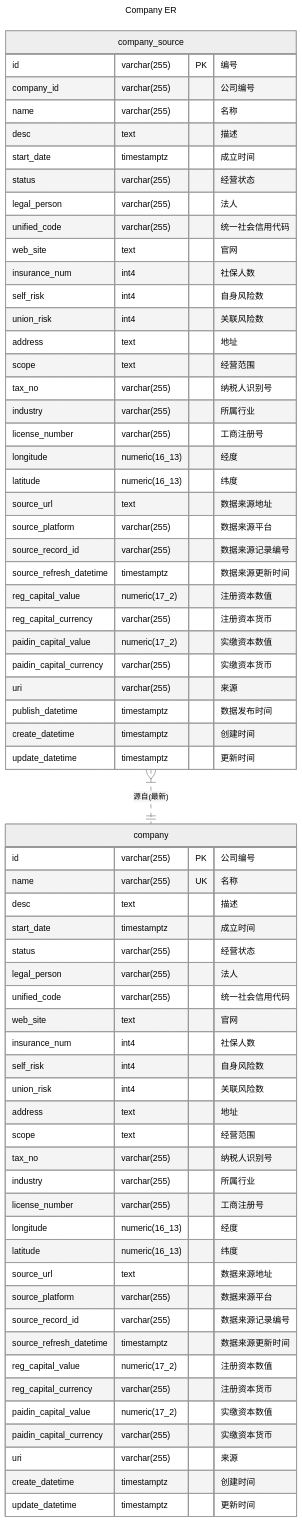
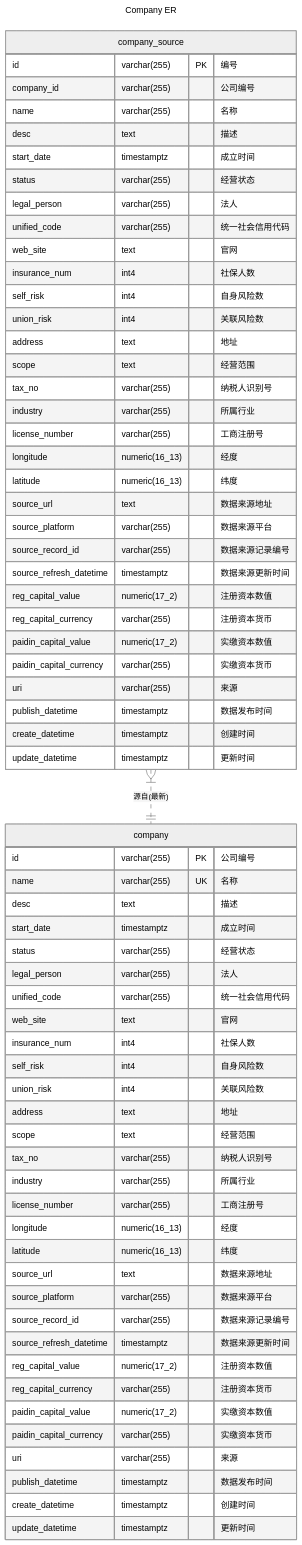
Before and after one commit to lastsunday/job-hunting: the third of 6 diagrams in docs/src/development/server/core_logic_flow.md, drawn with Mermaid (neutral theme). The commit also changed 4 other files, not shown here.

Commit message:
feat(server): add publish_datetime to company

````diff
--- a/docs/src/development/server/core_logic_flow.md
+++ b/docs/src/development/server/core_logic_flow.md
@@ -149,71 +149,72 @@
 ```mermaid
 ---
 title: Company ER
 ---
 erDiagram
     company_source{
       id varchar(255) PK "编号"
       company_id varchar(255) "公司编号"
       name varchar(255) "名称"
       desc text "描述"
       start_date timestamptz "成立时间"
       status varchar(255) "经营状态"
       legal_person varchar(255) "法人"
       unified_code varchar(255) "统一社会信用代码"
       web_site text "官网"
       insurance_num int4 "社保人数"
       self_risk int4 "自身风险数"
       union_risk int4 "关联风险数"
       address text "地址"
       scope text "经营范围"
       tax_no varchar(255) "纳税人识别号"
       industry varchar(255) "所属行业"
       license_number varchar(255) "工商注册号"
       longitude numeric(16_13) "经度"
       latitude numeric(16_13) "纬度"
       source_url text "数据来源地址"
       source_platform varchar(255) "数据来源平台"
       source_record_id varchar(255) "数据来源记录编号"
       source_refresh_datetime timestamptz "数据来源更新时间"
       reg_capital_value numeric(17_2) "注册资本数值"
       reg_capital_currency varchar(255) "注册资本货币"
       paidin_capital_value numeric(17_2) "实缴资本数值"
       paidin_capital_currency varchar(255) "实缴资本货币"
       uri varchar(255) "来源"
       publish_datetime timestamptz "数据发布时间"
       create_datetime timestamptz "创建时间"
       update_datetime timestamptz "更新时间"
     }
     company_source }|..|| company : "源自(最新)"
     company{
       id varchar(255) PK "公司编号"
       name varchar(255) UK "名称"
       desc text "描述"
       start_date timestamptz "成立时间"
       status varchar(255) "经营状态"
       legal_person varchar(255) "法人"
       unified_code varchar(255) "统一社会信用代码"
       web_site text "官网"
       insurance_num int4 "社保人数"
       self_risk int4 "自身风险数"
       union_risk int4 "关联风险数"
       address text "地址"
       scope text "经营范围"
       tax_no varchar(255) "纳税人识别号"
       industry varchar(255) "所属行业"
       license_number varchar(255) "工商注册号"
       longitude numeric(16_13) "经度"
       latitude numeric(16_13) "纬度"
       source_url text "数据来源地址"
       source_platform varchar(255) "数据来源平台"
       source_record_id varchar(255) "数据来源记录编号"
       source_refresh_datetime timestamptz "数据来源更新时间"
       reg_capital_value numeric(17_2) "注册资本数值"
       reg_capital_currency varchar(255) "注册资本货币"
       paidin_capital_value numeric(17_2) "实缴资本数值"
       paidin_capital_currency varchar(255) "实缴资本货币"
       uri varchar(255) "来源"
+      publish_datetime timestamptz "数据发布时间"
       create_datetime timestamptz "创建时间"
       update_datetime timestamptz "更新时间"
     }
 ```
````
